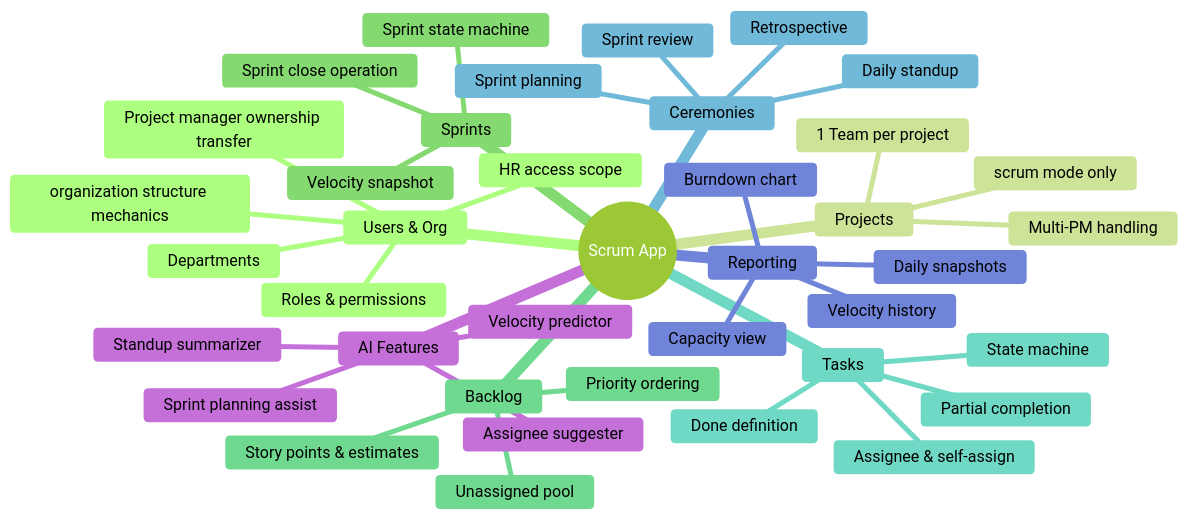
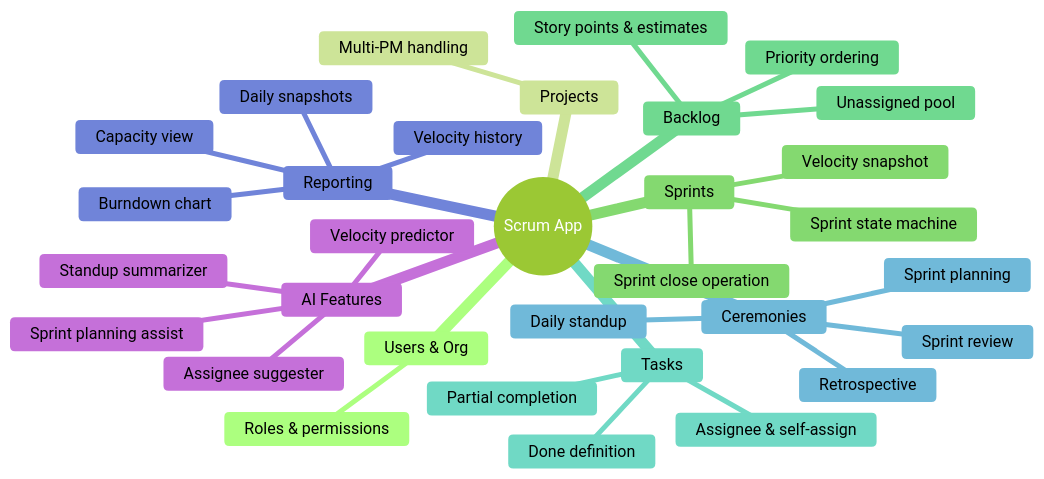
One commit to moad-cher/PFE changed the diagram in README.md. Above: the diagram before and after it, drawn with Mermaid (forest theme). The commit also changed other lines of this file and 12 other files, not shown here.

````diff
--- a/README.md
+++ b/README.md
@@ -127,43 +109,43 @@
 ```mermaid
 mindmap
   root((Scrum App))
     Users & Org
-      Departments
-      organization structure mechanics
+      %% Departments
+      %% organization structure mechanics
       Roles & permissions
-      HR access scope
-      Project manager ownership transfer
+      %% HR access scope
     Projects
-      scrum mode only
-      1 Team per project
+      %% scrum mode only
+      %% 1 Team per project
       Multi-PM handling
+      %% Project manager ownership transfer
     Sprints
       Sprint state machine
       %% Incomplete stories
       Velocity snapshot
       Sprint close operation
     Backlog
       Story points & estimates
       Priority ordering
       Unassigned pool
     Tasks
-      State machine
+      %% State machine
       Assignee & self-assign
       Done definition
       Partial completion
     Ceremonies
       Sprint planning
       Daily standup
       Sprint review
       Retrospective
     Reporting
       Burndown chart
       Velocity history
       Daily snapshots
       Capacity view
     AI Features
       Sprint planning assist
       Standup summarizer
       Velocity predictor
       Assignee suggester
 ```
````
